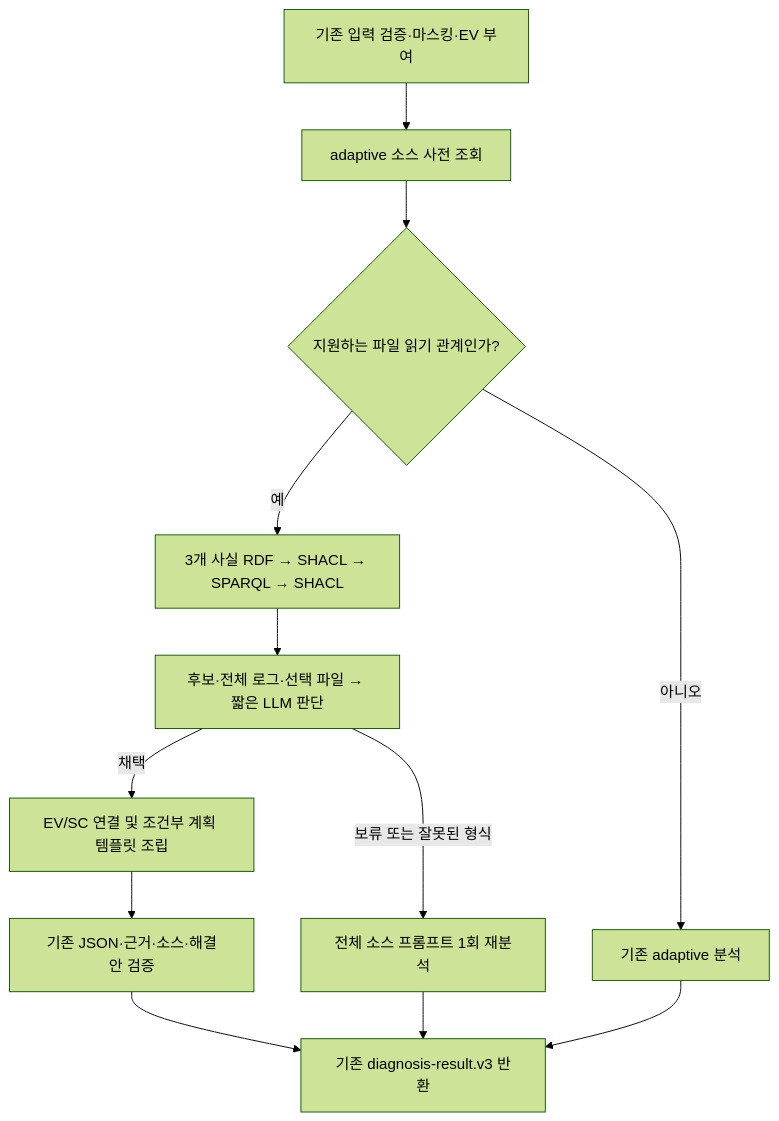
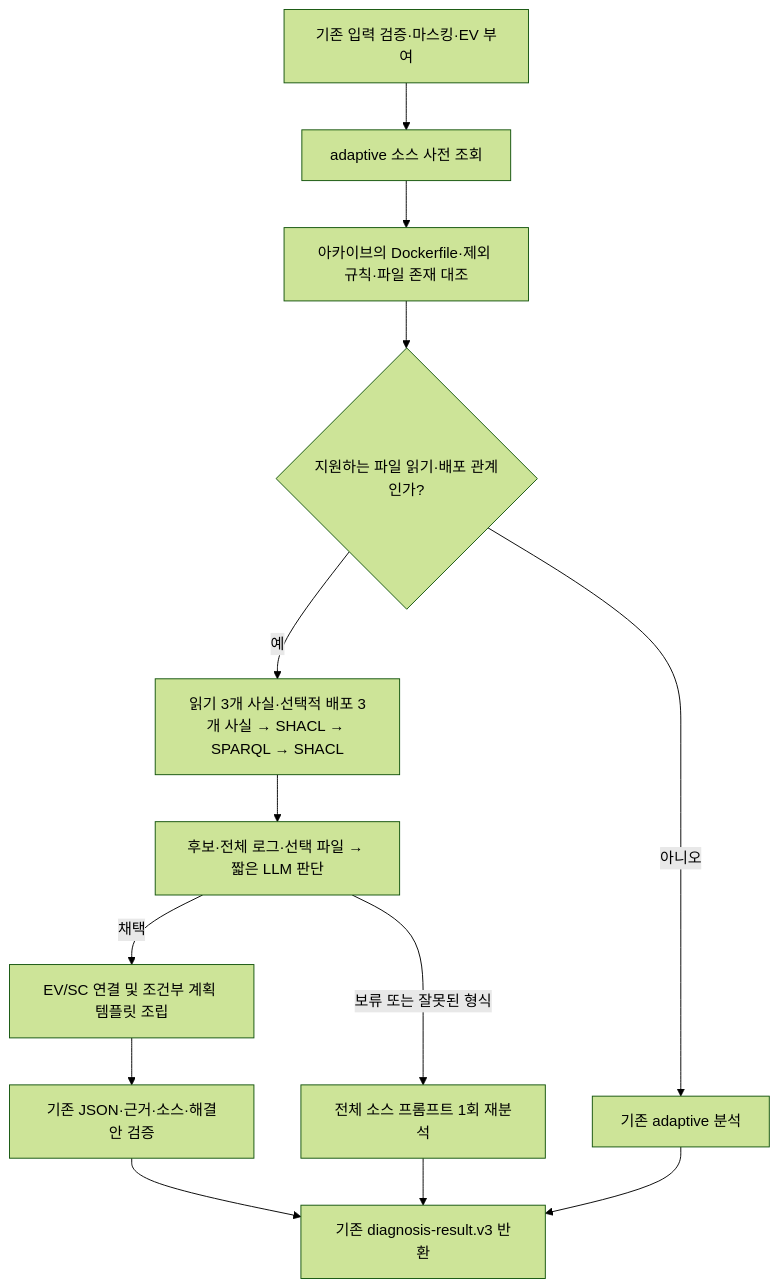
Before and after one commit to 2026-softbank-1/iris-error-check-agent: the diagram in docs/GRAPH_COMPACT.md, drawn with Mermaid (forest theme). The commit also changed other lines of this file and 39 other files, not shown here.

````diff
--- a/docs/GRAPH_COMPACT.md
+++ b/docs/GRAPH_COMPACT.md
@@ -24,14 +28,15 @@
 ```mermaid
 flowchart TD
   A[기존 입력 검증·마스킹·EV 부여] --> B[adaptive 소스 사전 조회]
-  B --> C{지원하는 파일 읽기 관계인가?}
+  B --> B2[아카이브의 Dockerfile·제외 규칙·파일 존재 대조]
+  B2 --> C{지원하는 파일 읽기·배포 관계인가?}
   C -- 아니오 --> F[기존 adaptive 분석]
-  C -- 예 --> D[3개 사실 RDF → SHACL → SPARQL → SHACL]
+  C -- 예 --> D[읽기 3개 사실·선택적 배포 3개 사실 → SHACL → SPARQL → SHACL]
   D --> E[후보·전체 로그·선택 파일 → 짧은 LLM 판단]
   E -- 채택 --> G[EV/SC 연결 및 조건부 계획 템플릿 조립]
   G --> H[기존 JSON·근거·소스·해결안 검증]
   H --> I[기존 diagnosis-result.v3 반환]
   E -- 보류 또는 잘못된 형식 --> J[전체 소스 프롬프트 1회 재분석]
   J --> I
   F --> I
 ```
````
